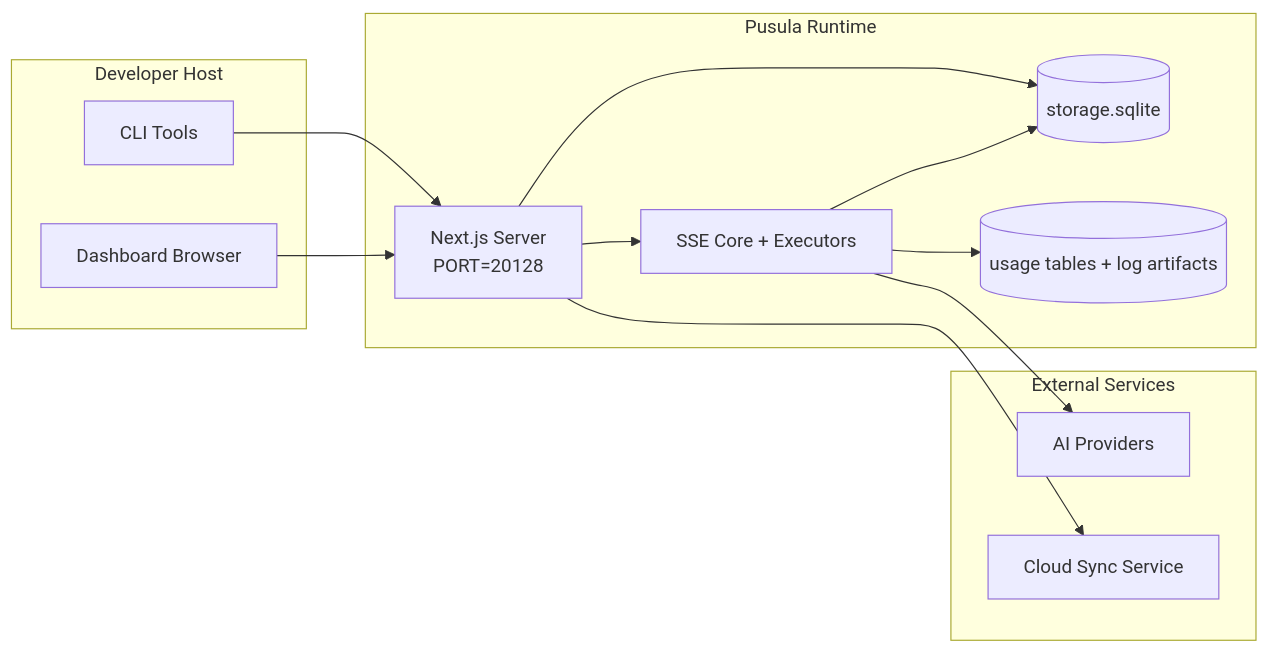
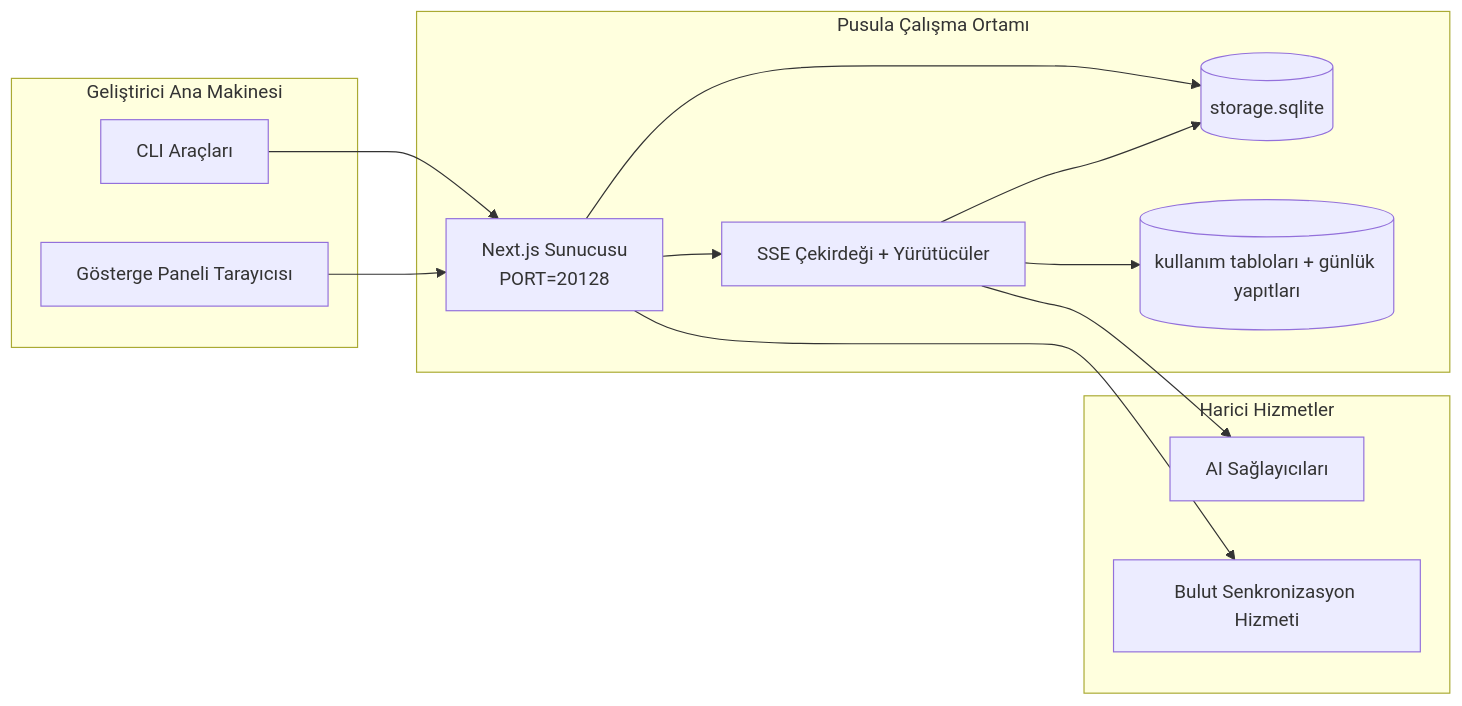
One commit to Ferhat-Yasinoglu/pusula changed the seventh of 7 diagrams in docs/i18n/tr/docs/architecture/ARCHITECTURE.md. Above: the diagram before and after it, drawn with Mermaid. The commit also changed other lines of this file and 5314 other files, not shown here.

````diff
--- a/docs/i18n/tr/docs/architecture/ARCHITECTURE.md
+++ b/docs/i18n/tr/docs/architecture/ARCHITECTURE.md
@@ -809,28 +800,28 @@
 ```mermaid
 flowchart LR
-    subgraph LocalHost[Developer Host]
-        CLI[CLI Tools]
-        Browser[Dashboard Browser]
+    subgraph LocalHost[Geliştirici Ana Makinesi]
+        CLI[CLI Araçları]
+        Browser[Gösterge Paneli Tarayıcısı]
     end
 
-    subgraph ContainerOrProcess[Pusula Runtime]
-        Next[Next.js Server\nPORT=20128]
-        Core[SSE Core + Executors]
+    subgraph ContainerOrProcess[Pusula Çalışma Ortamı]
+        Next[Next.js Sunucusu\nPORT=20128]
+        Core[SSE Çekirdeği + Yürütücüler]
         MainDB[(storage.sqlite)]
-        UsageDB[(usage tables + log artifacts)]
+        UsageDB[(kullanım tabloları + günlük yapıtları)]
     end
 
-    subgraph External[External Services]
-        Providers[AI Providers]
-        SyncCloud[Cloud Sync Service]
+    subgraph External[Harici Hizmetler]
+        Providers[AI Sağlayıcıları]
+        SyncCloud[Bulut Senkronizasyon Hizmeti]
     end
 
     CLI --> Next
     Browser --> Next
     Next --> Core
     Next --> MainDB
     Core --> MainDB
     Core --> UsageDB
     Core --> Providers
     Next --> SyncCloud
 ```
````
